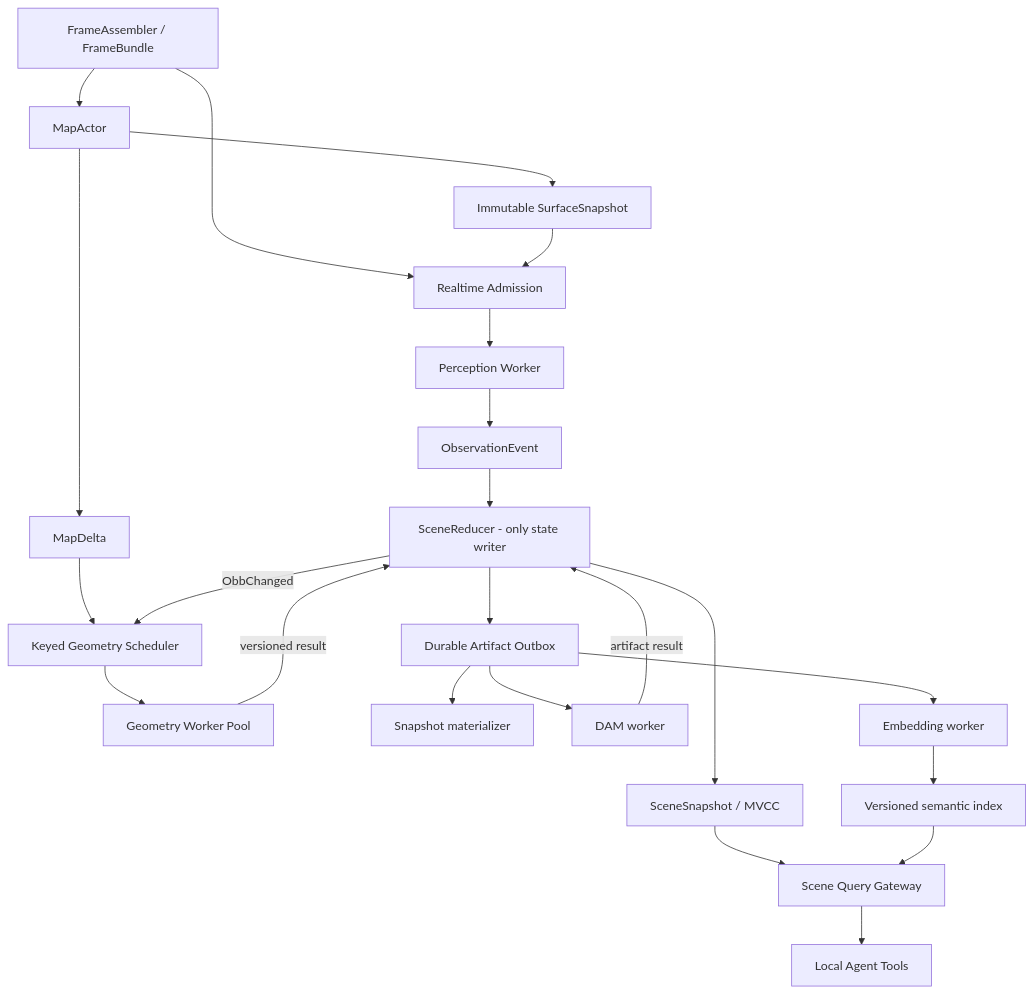
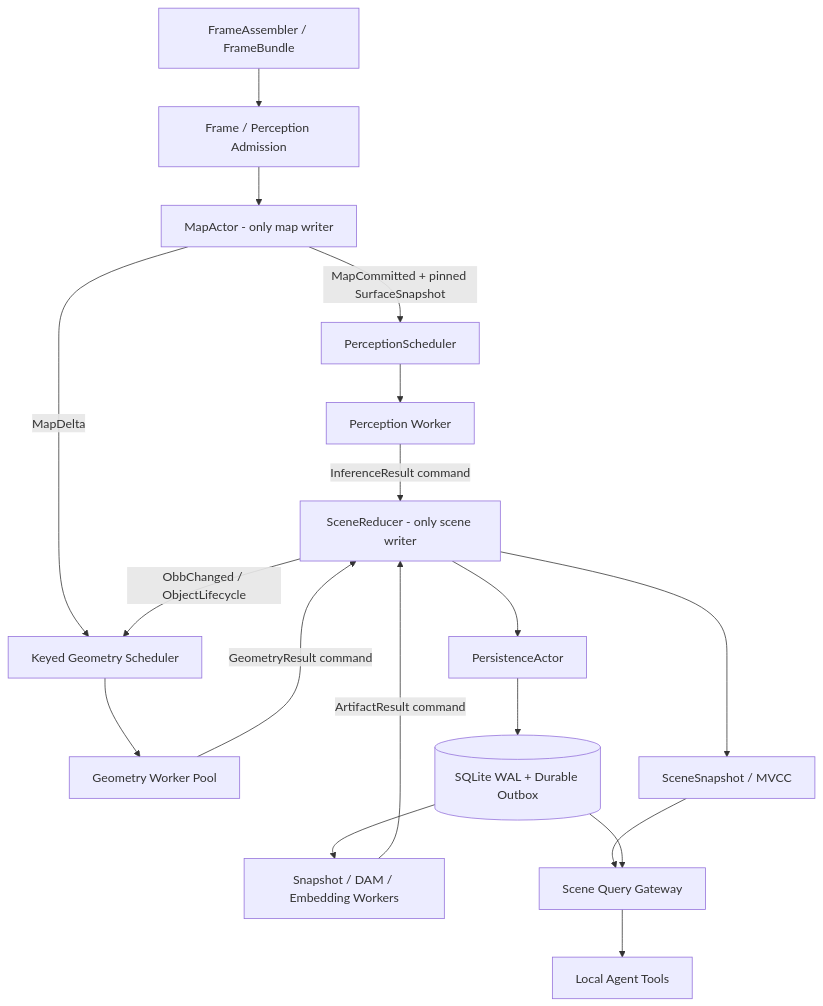
The diagram in docs/roomie_arch_discussion.md (xuwenjie401/roomie), drawn with Mermaid before and after one commit. The commit also changed other lines of this file and 161 other files, not shown here.

````diff
--- a/docs/roomie_arch_discussion.md
+++ b/docs/roomie_arch_discussion.md
@@ -88,25 +92,20 @@
 ```mermaid
 flowchart TB
-  FB[FrameAssembler / FrameBundle] --> MA[MapActor]
-  FB --> AD[Realtime Admission]
-  MA --> SS[Immutable SurfaceSnapshot]
-  MA --> MD[MapDelta]
-  SS --> AD
-  AD --> PW[Perception Worker]
-  PW --> OE[ObservationEvent]
-  OE --> SR[SceneReducer - only state writer]
-  MD --> GS[Keyed Geometry Scheduler]
-  SR -->|ObbChanged| GS
+  FB[FrameAssembler / FrameBundle] --> AD[Frame / Perception Admission]
+  AD --> MA[MapActor - only map writer]
+  MA -->|MapCommitted + pinned SurfaceSnapshot| PS[PerceptionScheduler]
+  PS --> PW[Perception Worker]
+  PW -->|InferenceResult command| SR[SceneReducer - only scene writer]
+  MA -->|MapDelta| GS[Keyed Geometry Scheduler]
+  SR -->|ObbChanged / ObjectLifecycle| GS
   GS --> GW[Geometry Worker Pool]
-  GW -->|versioned result| SR
+  GW -->|GeometryResult command| SR
   SR --> MVCC[SceneSnapshot / MVCC]
-  SR --> OUT[Durable Artifact Outbox]
-  OUT --> SW[Snapshot materializer]
-  OUT --> DAM[DAM worker]
-  OUT --> EMB[Embedding worker]
-  DAM -->|artifact result| SR
-  EMB --> IDX[Versioned semantic index]
+  SR --> PA[PersistenceActor]
+  PA --> DB[(SQLite WAL + Durable Outbox)]
+  DB --> AW[Snapshot / DAM / Embedding Workers]
+  AW -->|ArtifactResult command| SR
   MVCC --> QG[Scene Query Gateway]
-  IDX --> QG
+  DB --> QG
   QG --> TOOL[Local Agent Tools]
 ```
````
